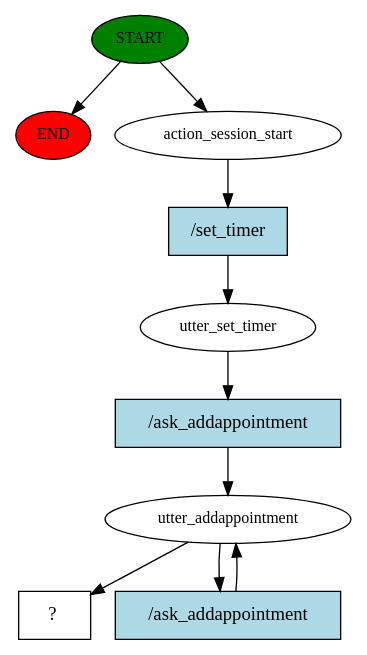
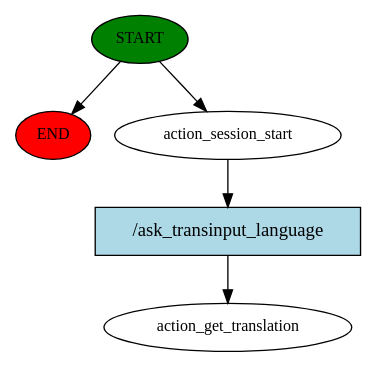
Before and after one commit to Ruven3344/VA_v1: the diagram in story_graph.dot, drawn with Graphviz. The commit also changed 288 other files, not shown here.

```diff
--- a/story_graph.dot
+++ b/story_graph.dot
@@ -1,20 +1,11 @@
 digraph  {
 0 [class="start active", fillcolor=green, fontsize=12, label=START, style=filled];
 "-1" [class=end, fillcolor=red, fontsize=12, label=END, style=filled];
 1 [class=active, fontsize=12, label=action_session_start];
-2 [class=active, fontsize=12, label=utter_set_timer];
-3 [class=active, fontsize=12, label=utter_addappointment];
-5 [class="intent dashed active", label="  ?  ", shape=rect];
-6 [class="intent active", fillcolor=lightblue, label="/set_timer", shape=rect, style=filled];
-7 [class="intent active", fillcolor=lightblue, label="/ask_addappointment", shape=rect, style=filled];
-8 [class="intent active", fillcolor=lightblue, label="/ask_addappointment", shape=rect, style=filled];
+2 [class="dashed active", fontsize=12, label=action_get_translation];
+3 [class="intent active", fillcolor=lightblue, label="/ask_transinput_language", shape=rect, style=filled];
 0 -> "-1"  [class="", key=NONE, label=""];
 0 -> 1  [class=active, key=NONE, label=""];
-1 -> 6  [class=active, key=0];
-2 -> 7  [class=active, key=0];
-3 -> 5  [class=active, key=NONE, label=""];
-3 -> 8  [class=active, key=0];
-6 -> 2  [class=active, key=0];
-7 -> 3  [class=active, key=0];
-8 -> 3  [class=active, key=0];
+1 -> 3  [class=active, key=0];
+3 -> 2  [class=active, key=0];
 }
```
